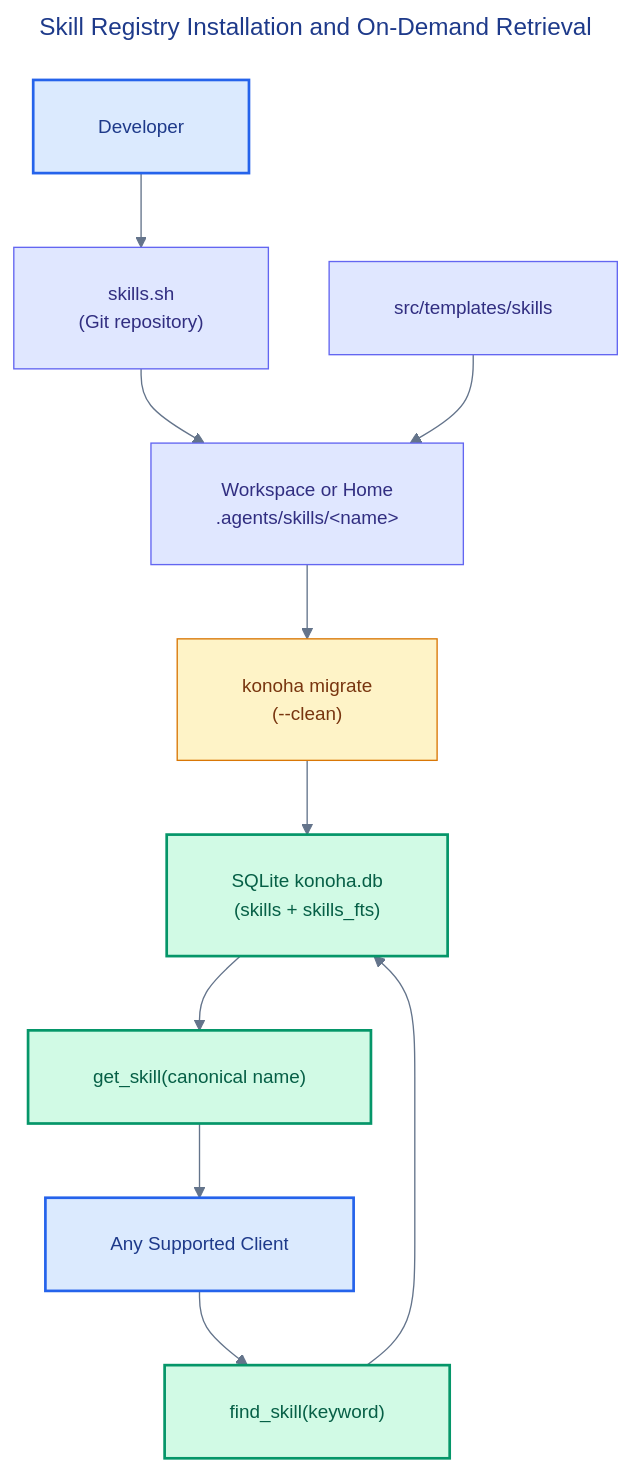
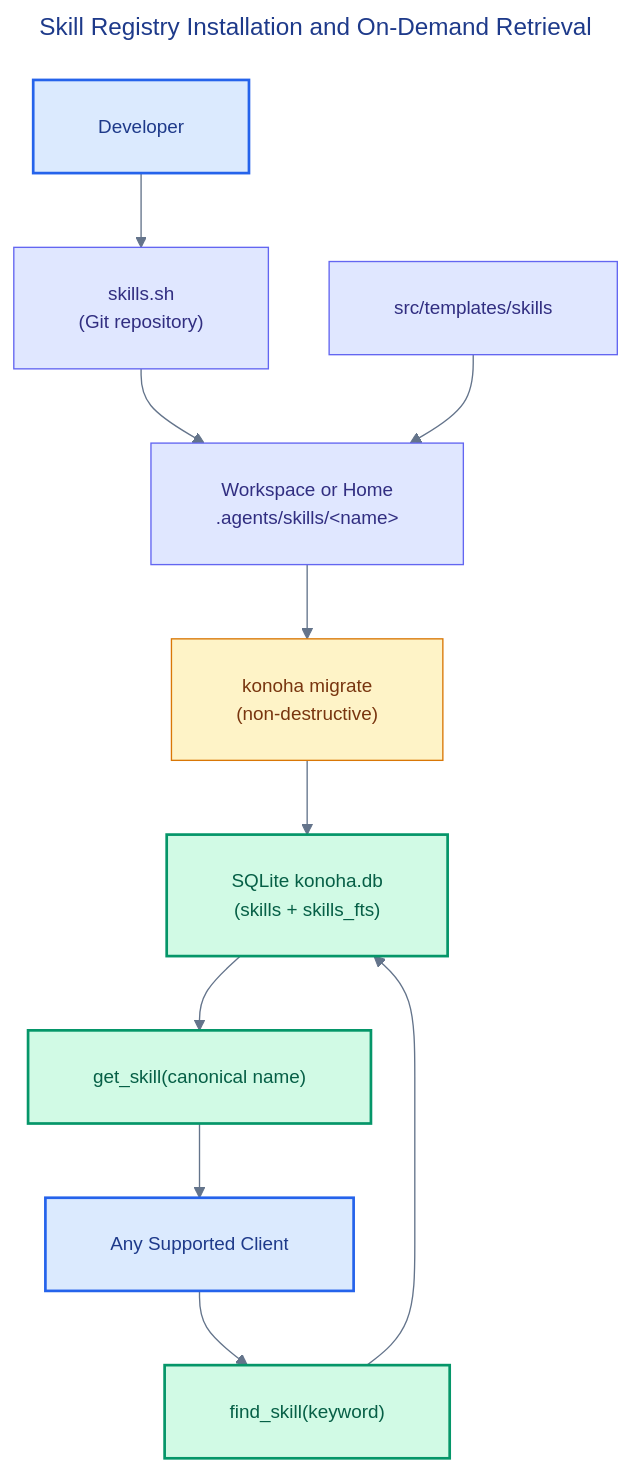
The diagram in docs/ADDING-SKILLS.md (andycungkrinx91/konoha), drawn with Mermaid before and after one commit. The commit also changed other lines of this file and 70 other files, not shown here.

````diff
--- a/docs/ADDING-SKILLS.md
+++ b/docs/ADDING-SKILLS.md
@@ -13,41 +13,41 @@
 ```mermaid
 ---
 title: Skill Registry Installation and On-Demand Retrieval
 config:
   theme: base
   themeVariables:
     background: '#ffffff'
     primaryColor: '#dbeafe'
     primaryTextColor: '#1e3a8a'
     primaryBorderColor: '#2563eb'
     lineColor: '#64748b'
     secondaryColor: '#e0e7ff'
     tertiaryColor: '#d1fae5'
     fontFamily: 'Inter, system-ui, sans-serif'
     fontSize: '14px'
   flowchart:
     nodeSpacing: 45
     rankSpacing: 55
     padding: 24
     wrappingWidth: 380
 ---
 flowchart TB
     Developer["Developer"] --> Registry["skills.sh<br/>(Git repository)"]
     Registry --> Files["Workspace or Home<br/>.agents/skills/&lt;name&gt;"]
     Templates["src/templates/skills"] --> Files
-    Files --> Migrate["konoha migrate<br/>(--clean)"]
+    Files --> Migrate["konoha migrate<br/>(non-destructive)"]
     Migrate --> DB["SQLite konoha.db<br/>(skills + skills_fts)"]
     Client["Any Supported Client"] --> Find["find_skill(keyword)"]
     Find --> DB
     DB --> Get["get_skill(canonical name)"]
     Get --> Client
 
     classDef actor fill:#dbeafe,stroke:#2563eb,color:#1e3a8a,stroke-width:2px
     classDef source fill:#e0e7ff,stroke:#6366f1,color:#312e81
     classDef process fill:#fef3c7,stroke:#d97706,color:#78350f
     classDef runtime fill:#d1fae5,stroke:#059669,color:#065f46,stroke-width:2px
     class Developer,Client actor
     class Registry,Files,Templates source
     class Migrate process
     class DB,Find,Get runtime
 ```
````
